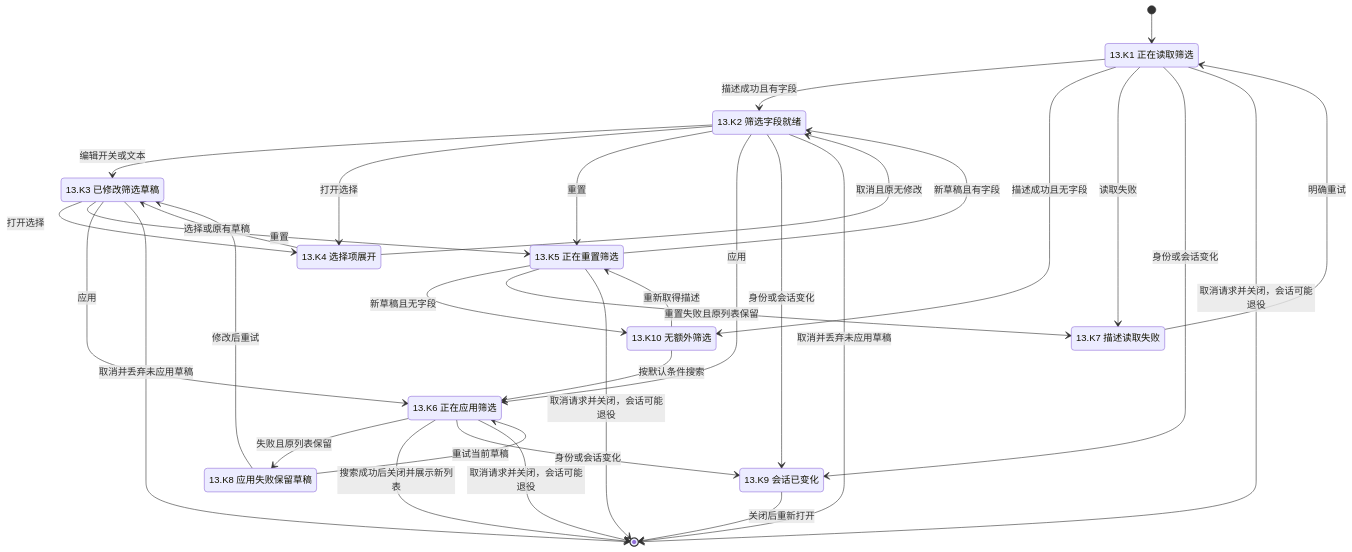
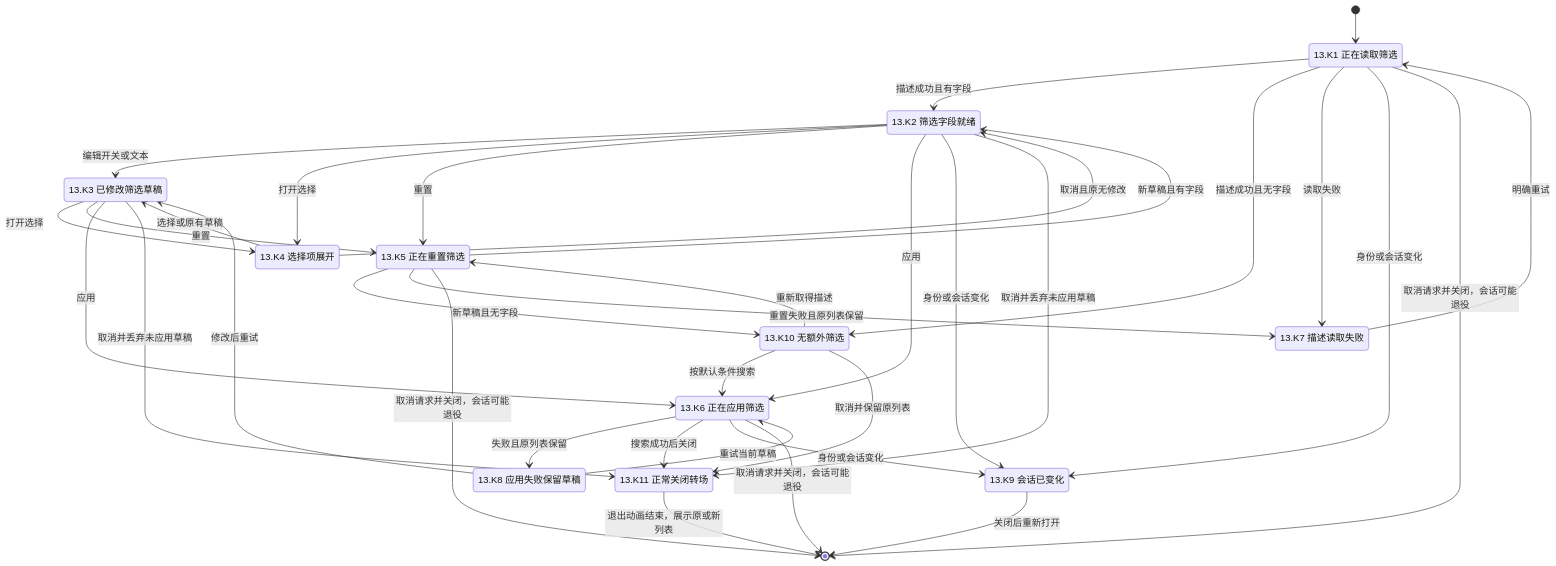
One commit to Wybxc/karuyomi changed diagram 13 of 15 in docs/verification/mihon-state-coverage.md. Above: the diagram before and after it, drawn with Mermaid. The commit also changed other lines of this file and 7 other files, not shown here.

````diff
--- a/docs/verification/mihon-state-coverage.md
+++ b/docs/verification/mihon-state-coverage.md
@@ -1129,45 +1129,48 @@
 ```mermaid
 stateDiagram-v2
     [*] --> LoadingFilters
     state "13.K1 正在读取筛选" as LoadingFilters
     state "13.K2 筛选字段就绪" as FiltersReady
     state "13.K3 已修改筛选草稿" as FilterDraft
     state "13.K4 选择项展开" as FilterChoice
     state "13.K5 正在重置筛选" as ResettingFilters
     state "13.K6 正在应用筛选" as ApplyingFilters
     state "13.K7 描述读取失败" as FilterLoadFailed
     state "13.K8 应用失败保留草稿" as FilterApplyFailed
     state "13.K9 会话已变化" as FilterSessionChanged
     state "13.K10 无额外筛选" as EmptyFilters
+    state "13.K11 正常关闭转场" as DismissingFilters
     LoadingFilters --> FiltersReady: 描述成功且有字段
     LoadingFilters --> EmptyFilters: 描述成功且无字段
     LoadingFilters --> FilterLoadFailed: 读取失败
     FilterLoadFailed --> LoadingFilters: 明确重试
     FiltersReady --> FilterDraft: 编辑开关或文本
     FiltersReady --> FilterChoice: 打开选择
     FilterDraft --> FilterChoice: 打开选择
     FilterChoice --> FiltersReady: 取消且原无修改
     FilterChoice --> FilterDraft: 选择或原有草稿
     FiltersReady --> ResettingFilters: 重置
     FilterDraft --> ResettingFilters: 重置
     EmptyFilters --> ResettingFilters: 重新取得描述
     ResettingFilters --> FiltersReady: 新草稿且有字段
     ResettingFilters --> EmptyFilters: 新草稿且无字段
     ResettingFilters --> FilterLoadFailed: 重置失败且原列表保留
     FiltersReady --> ApplyingFilters: 应用
     FilterDraft --> ApplyingFilters: 应用
     EmptyFilters --> ApplyingFilters: 按默认条件搜索
     ApplyingFilters --> FilterApplyFailed: 失败且原列表保留
     FilterApplyFailed --> ApplyingFilters: 重试当前草稿
     FilterApplyFailed --> FilterDraft: 修改后重试
-    ApplyingFilters --> [*]: 搜索成功后关闭并展示新列表
+    ApplyingFilters --> DismissingFilters: 搜索成功后关闭
     LoadingFilters --> FilterSessionChanged: 身份或会话变化
     FiltersReady --> FilterSessionChanged: 身份或会话变化
     ApplyingFilters --> FilterSessionChanged: 身份或会话变化
-    FiltersReady --> [*]: 取消并丢弃未应用草稿
-    FilterDraft --> [*]: 取消并丢弃未应用草稿
+    FiltersReady --> DismissingFilters: 取消并丢弃未应用草稿
+    FilterDraft --> DismissingFilters: 取消并丢弃未应用草稿
+    EmptyFilters --> DismissingFilters: 取消并保留原列表
+    DismissingFilters --> [*]: 退出动画结束，展示原或新列表
     LoadingFilters --> [*]: 取消请求并关闭，会话可能退役
     ResettingFilters --> [*]: 取消请求并关闭，会话可能退役
     ApplyingFilters --> [*]: 取消请求并关闭，会话可能退役
     FilterSessionChanged --> [*]: 关闭后重新打开
 ```
````
